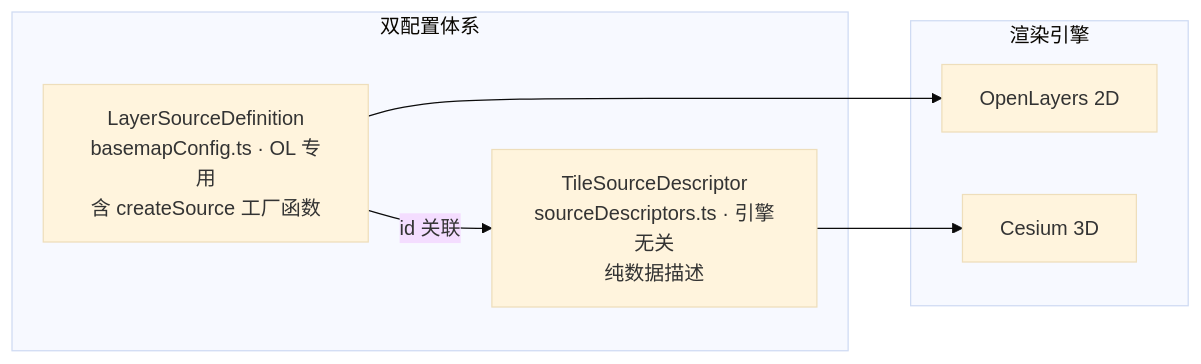
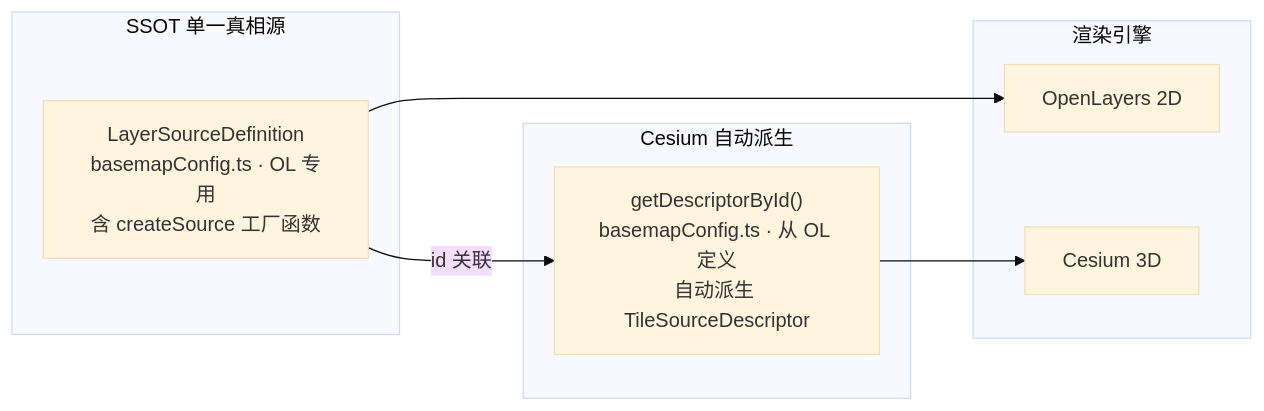
Before and after one commit to NEGIAO/WebGIS-Dev: the first of 3 diagrams in Docs/Architecture/basemap-source-system.md, drawn with Mermaid (base theme). The commit also changed other lines of this file and 36 other files, not shown here.

````diff
--- a/Docs/Architecture/basemap-source-system.md
+++ b/Docs/Architecture/basemap-source-system.md
@@ -36,16 +34,19 @@
 ```mermaid
 flowchart LR
-    subgraph DUAL["双配置体系"]
+    subgraph SSOT["SSOT 单一真相源"]
         OL["LayerSourceDefinition<br/>basemapConfig.ts · OL 专用<br/>含 createSource 工厂函数"]
-        DESC["TileSourceDescriptor<br/>sourceDescriptors.ts · 引擎无关<br/>纯数据描述"]
+    end
+
+    subgraph DERIVED["Cesium 自动派生"]
+        DESC["getDescriptorById()<br/>basemapConfig.ts · 从 OL 定义<br/>自动派生 TileSourceDescriptor"]
     end
 
     subgraph ENGINES["渲染引擎"]
         OLE["OpenLayers 2D"]
         CE["Cesium 3D"]
     end
 
     OL -- "id 关联" --> DESC
     OL --> OLE
     DESC --> CE
 ```
````
